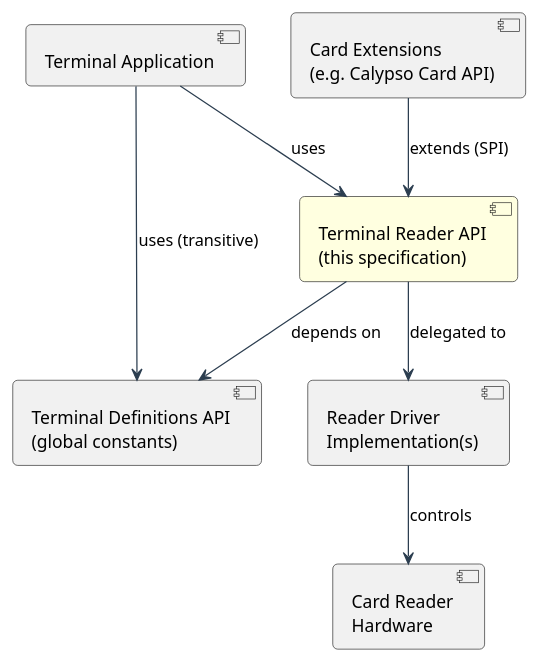
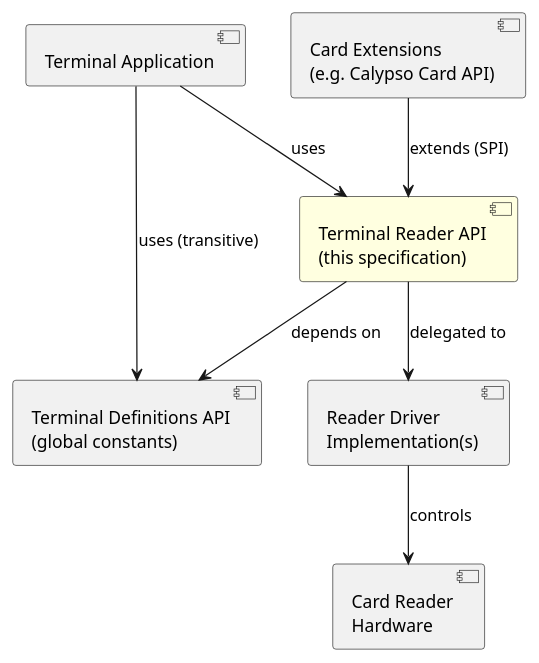
The diagram in uml/architecture-overview.puml (calypsonet/calypsonet-terminal-reader-uml-api), drawn with PlantUML before and after one commit.

Commit message:
docs clean puml

```diff
--- a/uml/architecture-overview.puml
+++ b/uml/architecture-overview.puml
@@ -1,19 +1,16 @@
 @startuml
-skinparam shadowing false
-skinparam roundCorner 8
-skinparam ArrowColor #2C3E50
 
 component "Terminal Application" as App
 component "Card Extensions\n(e.g. Calypso Card API)" as Ext
 component "Terminal Reader API\n(this specification)" as TR #LightYellow
 component "Terminal Definitions API\n(global constants)" as Def
 component "Reader Driver\nImplementation(s)" as Drv
 component "Card Reader\nHardware" as HW
 
 App --> TR  : uses
 App --> Def : uses (transitive)
 Ext  --> TR : extends (SPI)
 TR   --> Def : depends on
 TR   --> Drv : delegated to
 Drv  --> HW  : controls
 @enduml
```
